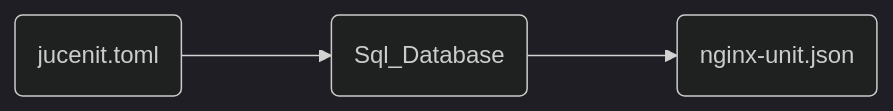
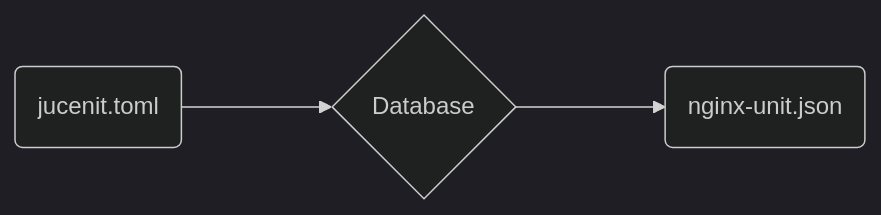
Before and after one commit to pipelight/jucenit: the first of 3 diagrams in INTERNALS.md, drawn with Mermaid (dark theme). The commit also changed other lines of this file, not shown here.

First line of the commit message:
docs(database): add schemas

````diff
--- a/INTERNALS.md
+++ b/INTERNALS.md
@@ -18,6 +43,6 @@
 ```mermaid
 graph LR
 
-A(jucenit.toml) ---> B(Sql_Database) ---> C(nginx-unit.json)
+A(jucenit.toml) ---> B{Database} ---> C(nginx-unit.json)
 
 ```
````
